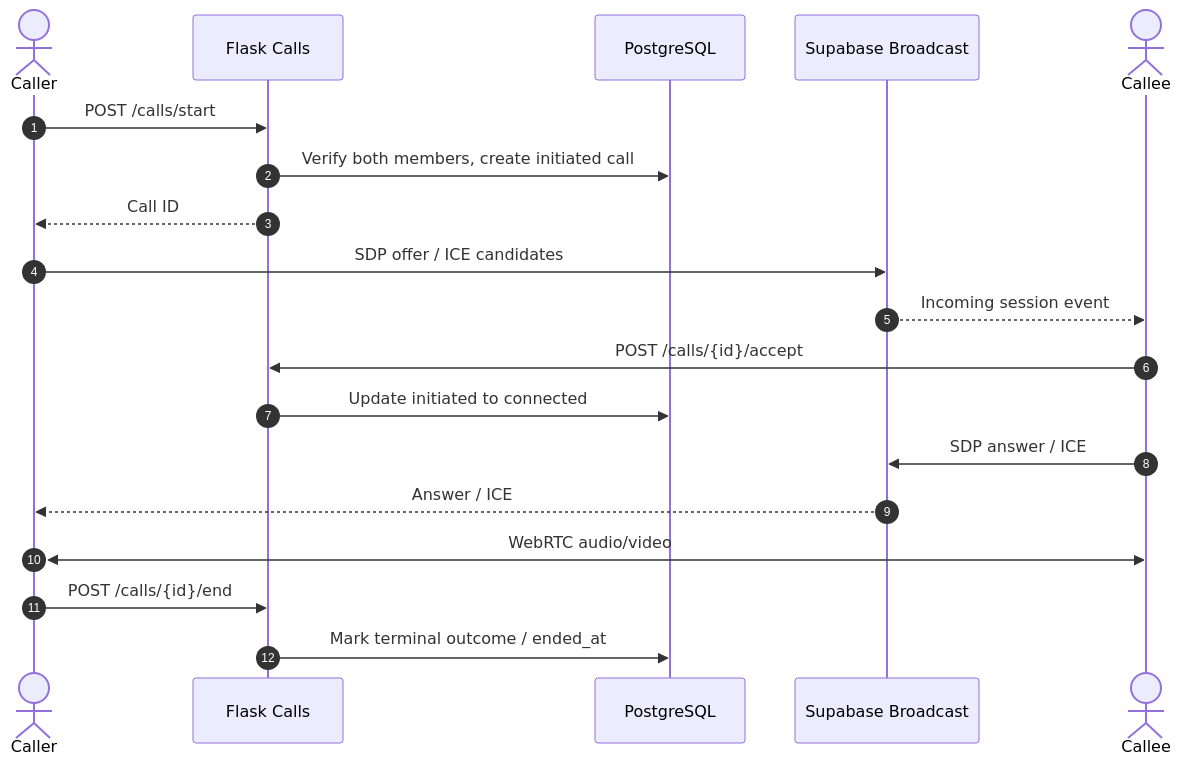
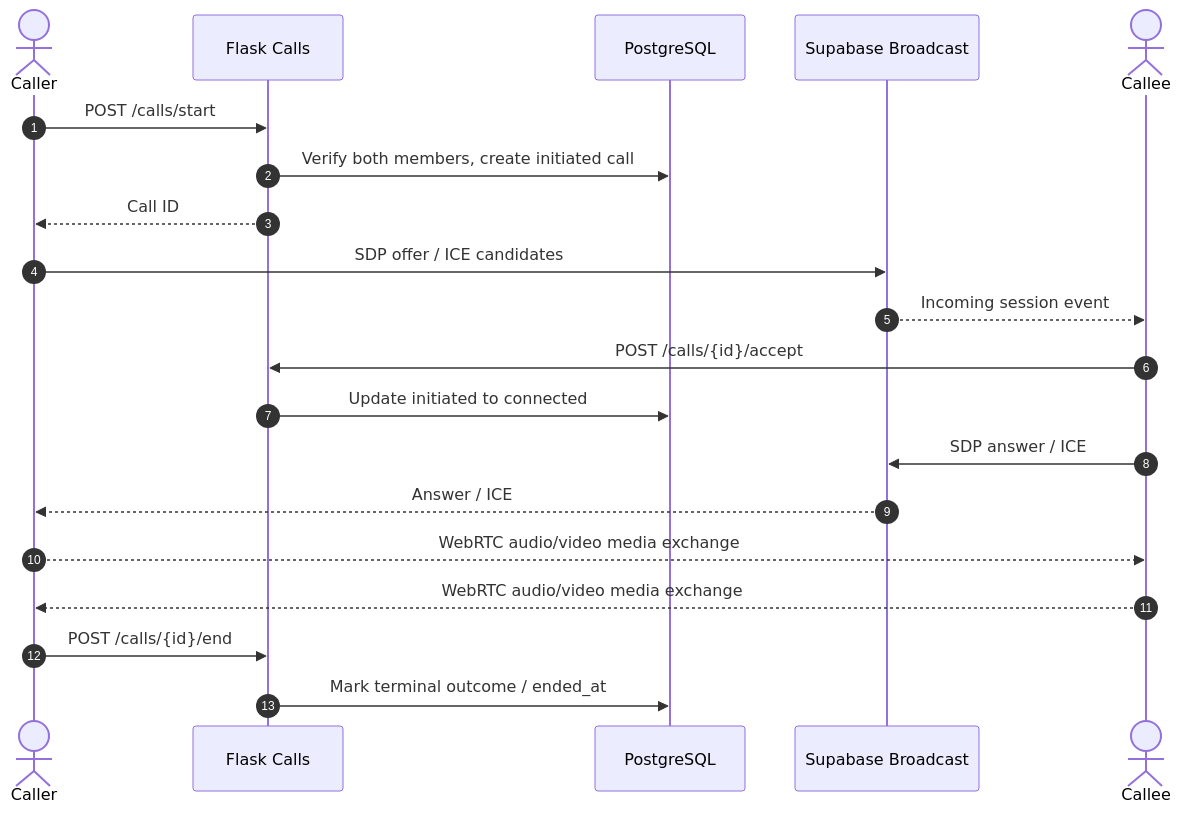
Before and after one commit to Simmyt3r/JosChat: the fifth of 6 diagrams in docs/02_System_Design_and_Architecture.md, drawn with Mermaid.

Commit message:
Correct WebRTC bidirectional sequence diagram syntax

````diff
--- a/docs/02_System_Design_and_Architecture.md
+++ b/docs/02_System_Design_and_Architecture.md
@@ -142,21 +142,22 @@
 ```mermaid
 sequenceDiagram
  autonumber
  actor Caller
  participant API as Flask Calls
  participant DB as PostgreSQL
  participant RT as Supabase Broadcast
  actor Callee
  Caller->>API: POST /calls/start
  API->>DB: Verify both members, create initiated call
  API-->>Caller: Call ID
  Caller->>RT: SDP offer / ICE candidates
  RT-->>Callee: Incoming session event
  Callee->>API: POST /calls/{id}/accept
  API->>DB: Update initiated to connected
  Callee->>RT: SDP answer / ICE
  RT-->>Caller: Answer / ICE
- Caller<<->>Callee: WebRTC audio/video
+ Caller-->>Callee: WebRTC audio/video media exchange
+ Callee-->>Caller: WebRTC audio/video media exchange
  Caller->>API: POST /calls/{id}/end
  API->>DB: Mark terminal outcome / ended_at
 ```
````
